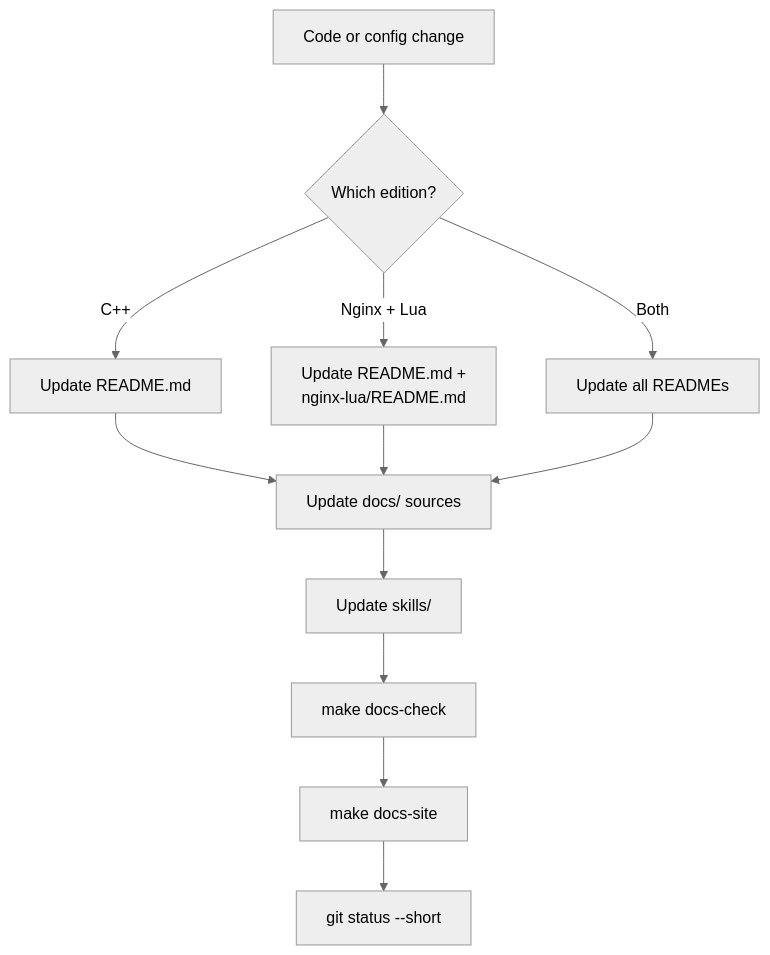
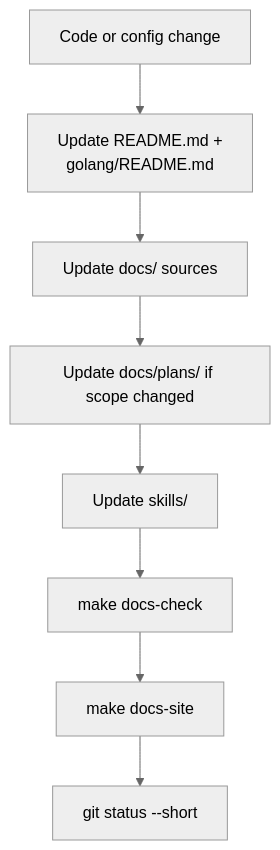
The diagram in procedures/documentation-site-and-skills.md (rachlenko/parparchik), drawn with Mermaid (neutral theme) before and after one commit. The commit also changed other lines of this file and 4 other files, not shown here.

```diff
--- a/procedures/documentation-site-and-skills.md
+++ b/procedures/documentation-site-and-skills.md
@@ -27,16 +27,10 @@
 <div class="mermaid">
 flowchart TD
-  change["Code or config change"] --> which{"Which edition?"}
-  which -->|C++| update_readme["Update README.md"]
-  which -->|Nginx + Lua| update_both["Update README.md +<br/>nginx-lua/README.md"]
-  which -->|Both| update_all["Update all READMEs"]
-
+  change["Code or config change"] --> update_readme["Update README.md +<br/>golang/README.md"]
   update_readme --> update_docs["Update docs/ sources"]
-  update_both --> update_docs
-  update_all --> update_docs
-
-  update_docs --> update_skills["Update skills/"]
+  update_docs --> update_plans["Update docs/plans/ if scope changed"]
+  update_plans --> update_skills["Update skills/"]
   update_skills --> docs_check["make docs-check"]
   docs_check --> docs_site["make docs-site"]
   docs_site --> review["git status --short"]
 </div>
```
